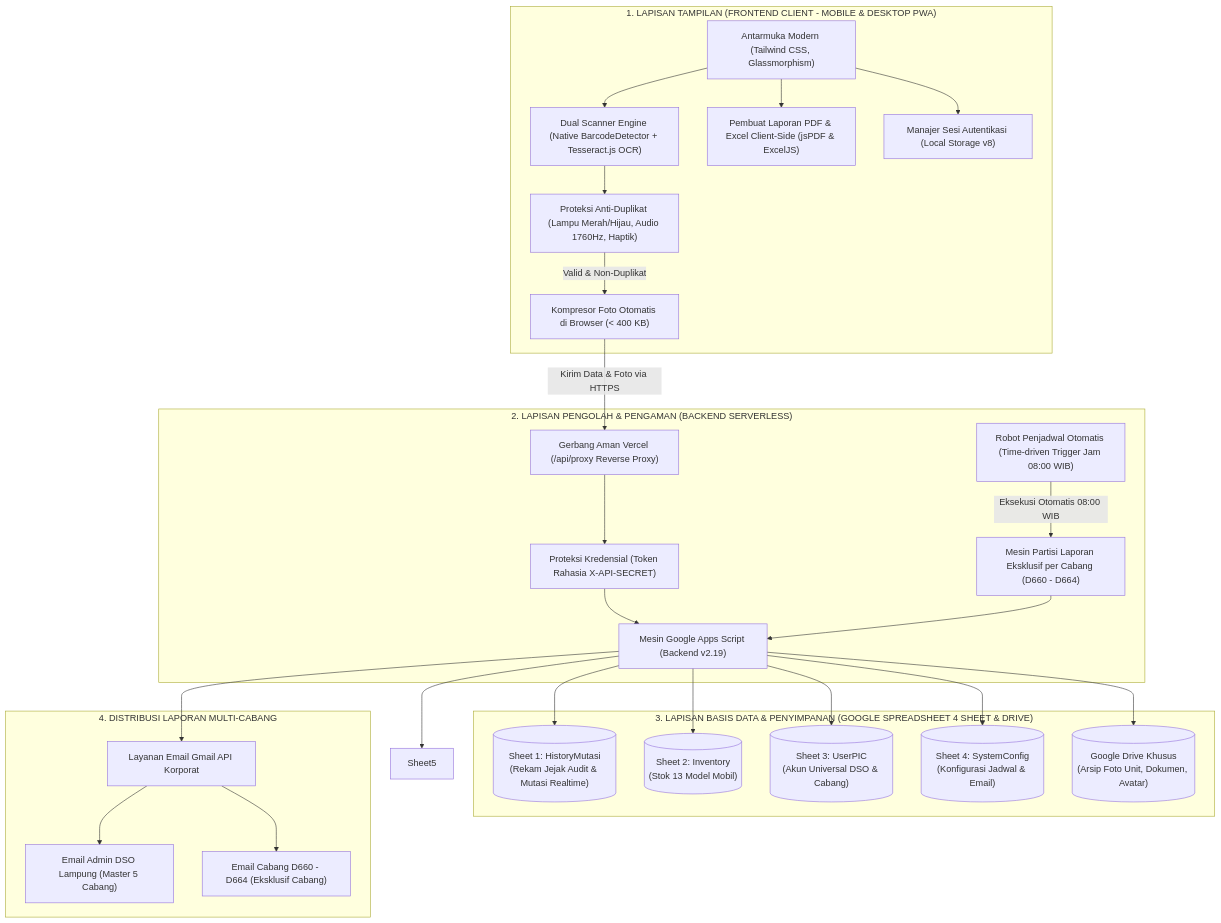
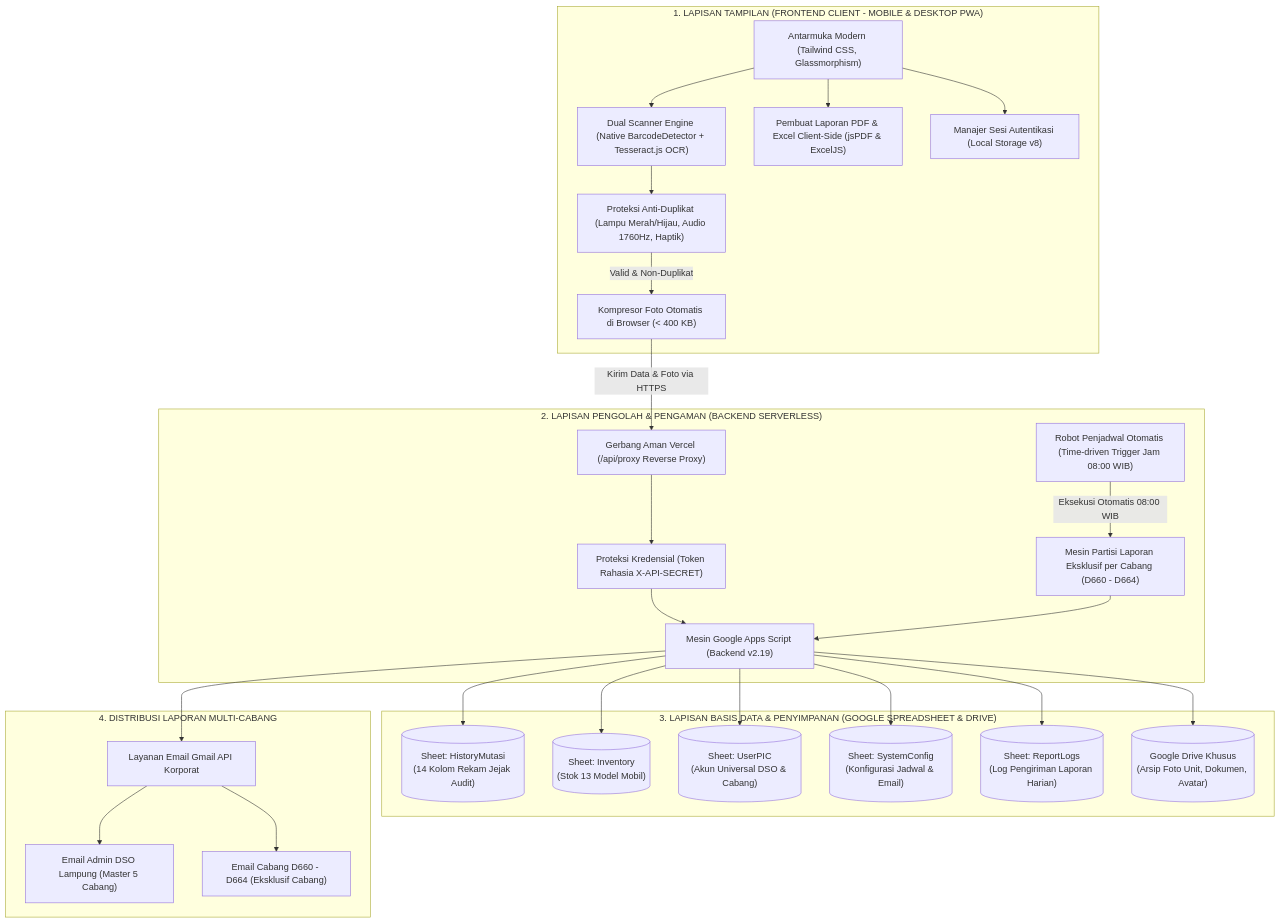
One commit to miyuraa1001/Management-StockYard changed the first of 2 diagrams in PRD.md. Above: the diagram before and after it, drawn with Mermaid. The commit also changed other lines of this file and 4 other files, not shown here.

Commit message:
feat(notifications): preserve ReportLogs tab sync in frontend and documentation

````diff
--- a/PRD.md
+++ b/PRD.md
@@ -184,53 +184,54 @@
 ```mermaid
 flowchart TD
     subgraph Frontend["1. LAPISAN TAMPILAN (FRONTEND CLIENT - MOBILE & DESKTOP PWA)"]
         UI["Antarmuka Modern (Tailwind CSS, Glassmorphism)"]
         Scanner["Dual Scanner Engine (Native BarcodeDetector + Tesseract.js OCR)"]
         Compress["Kompresor Foto Otomatis di Browser (< 400 KB)"]
         Sensor["Proteksi Anti-Duplikat (Lampu Merah/Hijau, Audio 1760Hz, Haptik)"]
         ClientExport["Pembuat Laporan PDF & Excel Client-Side (jsPDF & ExcelJS)"]
         AuthPersist["Manajer Sesi Autentikasi (Local Storage v8)"]
     end
 
     subgraph Backend["2. LAPISAN PENGOLAH & PENGAMAN (BACKEND SERVERLESS)"]
         Proxy["Gerbang Aman Vercel (/api/proxy Reverse Proxy)"]
         Secret["Proteksi Kredensial (Token Rahasia X-API-SECRET)"]
         GAS["Mesin Google Apps Script (Backend v2.19)"]
         Cron["Robot Penjadwal Otomatis (Time-driven Trigger Jam 08:00 WIB)"]
         Partition["Mesin Partisi Laporan Eksklusif per Cabang (D660 - D664)"]
     end
 
-    subgraph Database["3. LAPISAN BASIS DATA & PENYIMPANAN (GOOGLE SPREADSHEET 4 SHEET & DRIVE)"]
-        Sheet1[("Sheet 1: HistoryMutasi\n(Rekam Jejak Audit & Mutasi Realtime)")]
-        Sheet2[("Sheet 2: Inventory\n(Stok 13 Model Mobil)")]
-        Sheet3[("Sheet 3: UserPIC\n(Akun Universal DSO & Cabang)")]
-        Sheet4[("Sheet 4: SystemConfig\n(Konfigurasi Jadwal & Email)")]
+    subgraph Database["3. LAPISAN BASIS DATA & PENYIMPANAN (GOOGLE SPREADSHEET & DRIVE)"]
+        Sheet1[("Sheet: HistoryMutasi\n(14 Kolom Rekam Jejak Audit)")]
+        Sheet2[("Sheet: Inventory\n(Stok 13 Model Mobil)")]
+        Sheet3[("Sheet: UserPIC\n(Akun Universal DSO & Cabang)")]
+        Sheet4[("Sheet: SystemConfig\n(Konfigurasi Jadwal & Email)")]
+        Sheet5[("Sheet: ReportLogs\n(Log Pengiriman Laporan Harian)")]
         Drive[("Google Drive Khusus\n(Arsip Foto Unit, Dokumen, Avatar)")]
     end
 
     subgraph Output["4. DISTRIBUSI LAPORAN MULTI-CABANG"]
         Gmail["Layanan Email Gmail API Korporat"]
         MasterRep["Email Admin DSO Lampung (Master 5 Cabang)"]
         BranchRep["Email Cabang D660 - D664 (Eksklusif Cabang)"]
     end
 
     UI --> Scanner
     Scanner --> Sensor
     Sensor -->|Valid & Non-Duplikat| Compress
     Compress -->|Kirim Data & Foto via HTTPS| Proxy
     Proxy --> Secret
     Secret --> GAS
     GAS --> Sheet1
     GAS --> Sheet2
     GAS --> Sheet3
     GAS --> Sheet4
     GAS --> Sheet5
     GAS --> Drive
     Cron -->|Eksekusi Otomatis 08:00 WIB| Partition
     Partition --> GAS
     GAS --> Gmail
     Gmail --> MasterRep
     Gmail --> BranchRep
     UI --> ClientExport
     UI --> AuthPersist
 ```
````
